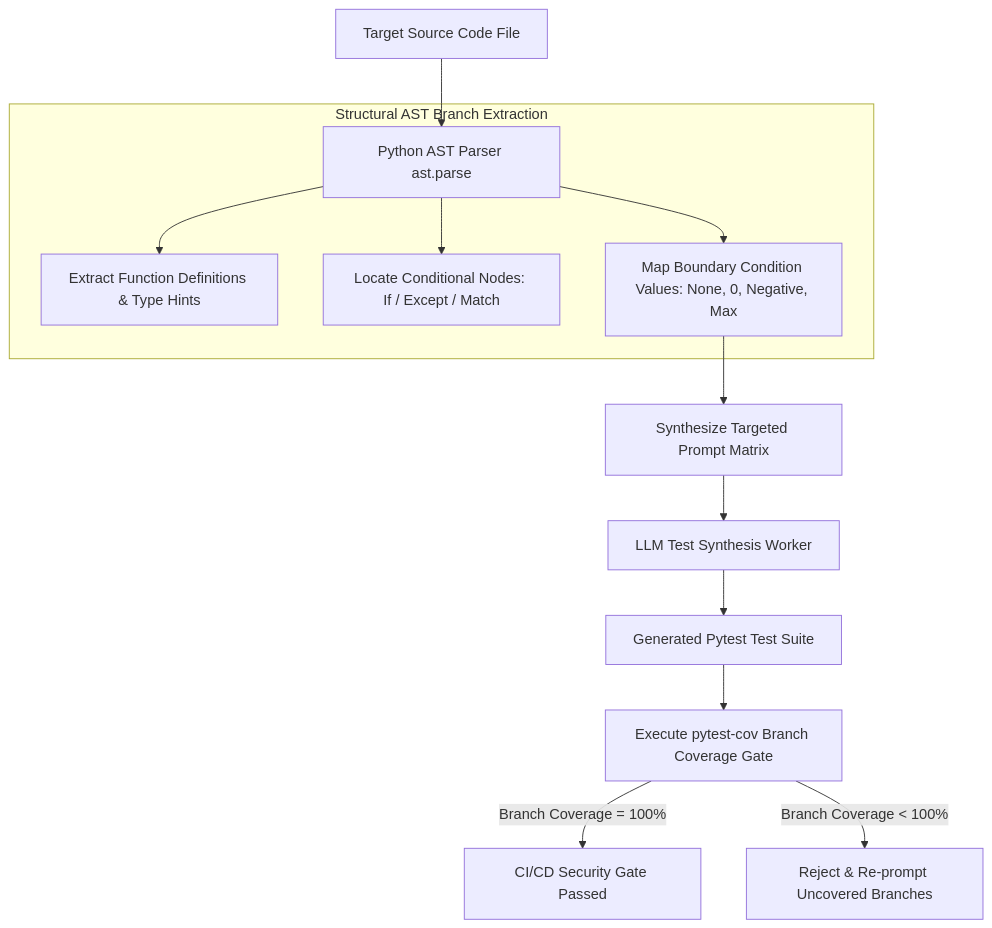
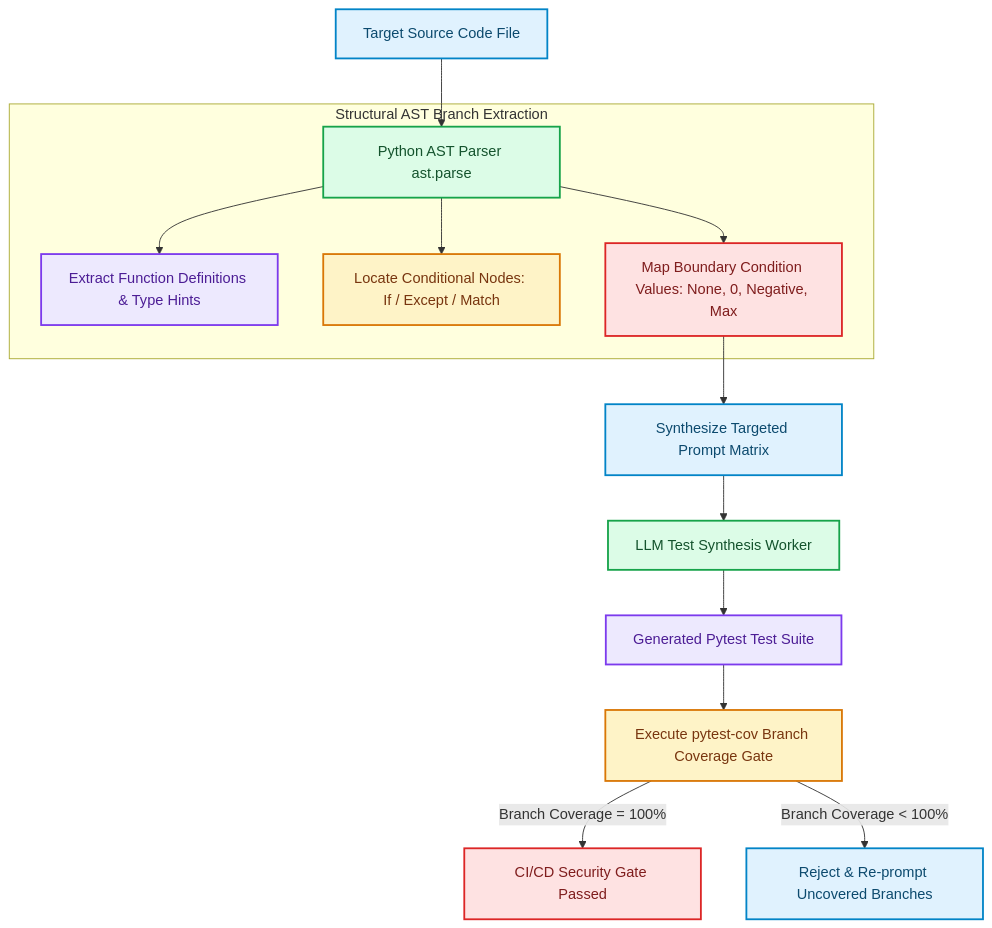
One commit to akmalkhaniub/akmalkhaniub.github.io changed the diagram in blog/posts/automated-ast-test-generation-coverage-enforcement.md. Above: the diagram before and after it, drawn with Mermaid. The commit also changed other lines of this file and 1291 other files, not shown here.

First line of the commit message:
feat(catalog): unique covers, scholarly references, and diagram palettes

````diff
--- a/blog/posts/automated-ast-test-generation-coverage-enforcement.md
+++ b/blog/posts/automated-ast-test-generation-coverage-enforcement.md
@@ -19,19 +19,30 @@
 ```mermaid
 flowchart TD
-  A[Target Source Code File] --> B[Python AST Parser ast.parse]
+  A["Target Source Code File"] --> B["Python AST Parser ast.parse"]
   
   subgraph SG1_StructuralAstBranch ["Structural AST Branch Extraction"]
-    B --> C[Extract Function Definitions & Type Hints]
-    B --> D[Locate Conditional Nodes: If / Except / Match]
-    B --> E[Map Boundary Condition Values: None, 0, Negative, Max]
+    B --> C["Extract Function Definitions & Type Hints"]
+    B --> D["Locate Conditional Nodes: If / Except / Match"]
+    B --> E["Map Boundary Condition Values: None, 0, Negative, Max"]
   end
   
-  E --> F[Synthesize Targeted Prompt Matrix]
-  F --> G[LLM Test Synthesis Worker]
+  E --> F["Synthesize Targeted Prompt Matrix"]
+  F --> G["LLM Test Synthesis Worker"]
   
-  G --> H[Generated Pytest Test Suite]
-  H --> I[Execute pytest-cov Branch Coverage Gate]
+  G --> H["Generated Pytest Test Suite"]
+  H --> I["Execute pytest-cov Branch Coverage Gate"]
   
-  I -->|Branch Coverage = 100%| J[ CI/CD Security Gate Passed]
-  I -->|Branch Coverage < 100%| K[ Reject & Re-prompt Uncovered Branches]
+  I -->|Branch Coverage = 100%| J[" CI/CD Security Gate Passed"]
+  I -->|Branch Coverage < 100%| K[" Reject & Re-prompt Uncovered Branches"]
+
+classDef green fill:#dcfce7,stroke:#16a34a,stroke-width:2px,color:#14532d;
+classDef red fill:#fee2e2,stroke:#dc2626,stroke-width:2px,color:#7f1d1d;
+classDef blue fill:#e0f2fe,stroke:#0284c7,stroke-width:2px,color:#0c4a6e;
+classDef yellow fill:#fef3c7,stroke:#d97706,stroke-width:2px,color:#78350f;
+classDef purple fill:#ede9fe,stroke:#7c3aed,stroke-width:2px,color:#4c1d95;
+class A,F,K blue
+class B,G green
+class C,H purple
+class D,I yellow
+class E,J red
 ```
````
